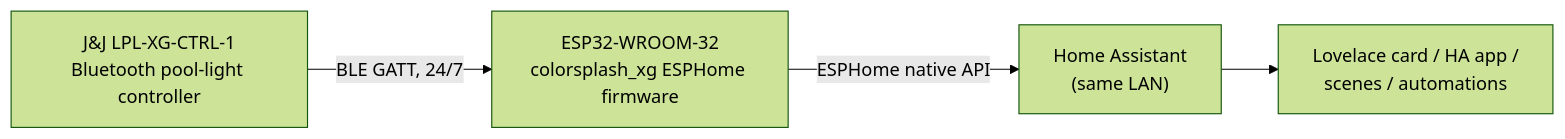
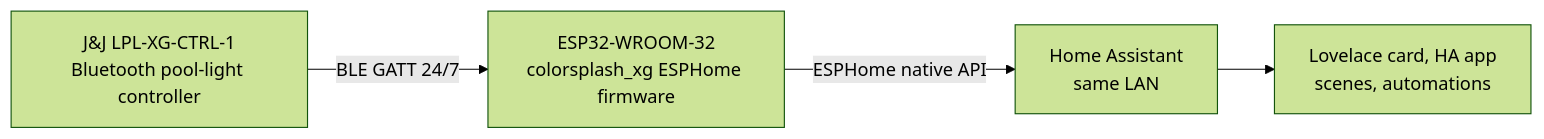
The diagram in README.md (Vixen-Labs/colorsplash-xg-ha), drawn with Mermaid (forest theme) before and after one commit. The commit also changed other lines of this file and 4 other files, not shown here.

````diff
--- a/README.md
+++ b/README.md
@@ -82,11 +82,11 @@
 ```mermaid
 flowchart LR
-    Controller["J&J LPL-XG-CTRL-1<br/>Bluetooth pool-light controller"]
-    Bridge["ESP32-WROOM-32<br/>colorsplash_xg ESPHome firmware"]
-    HA["Home Assistant<br/>(same LAN)"]
-    UI["Lovelace card / HA app /<br/>scenes / automations"]
+    Controller["J&amp;J LPL-XG-CTRL-1<br>Bluetooth pool-light controller"]
+    Bridge["ESP32-WROOM-32<br>colorsplash_xg ESPHome firmware"]
+    HA["Home Assistant<br>same LAN"]
+    UI["Lovelace card, HA app<br>scenes, automations"]
 
-    Controller -->|BLE GATT, 24/7| Bridge
-    Bridge -->|ESPHome native API| HA
+    Controller -- "BLE GATT 24/7" --> Bridge
+    Bridge -- "ESPHome native API" --> HA
     HA --> UI
 ```
````
